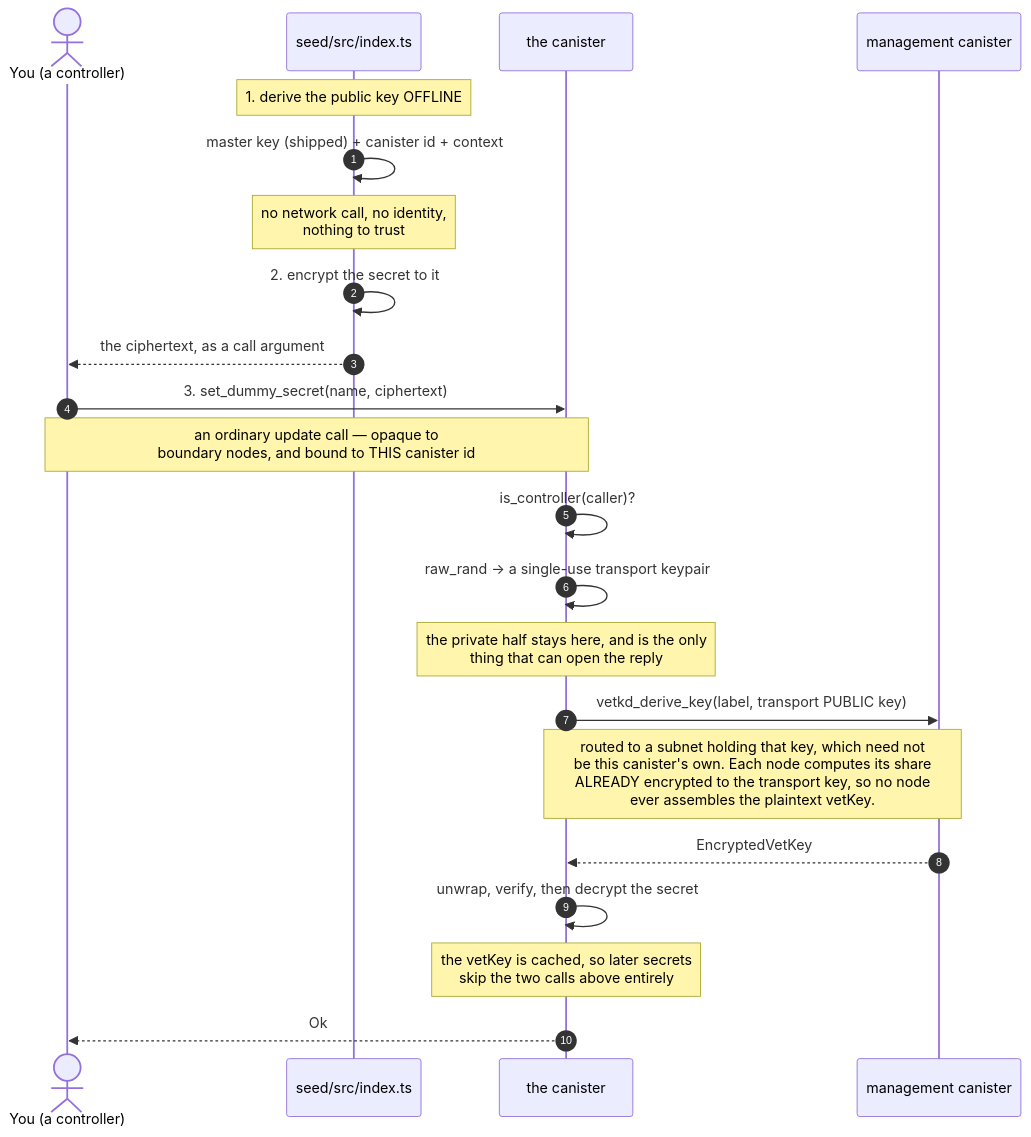
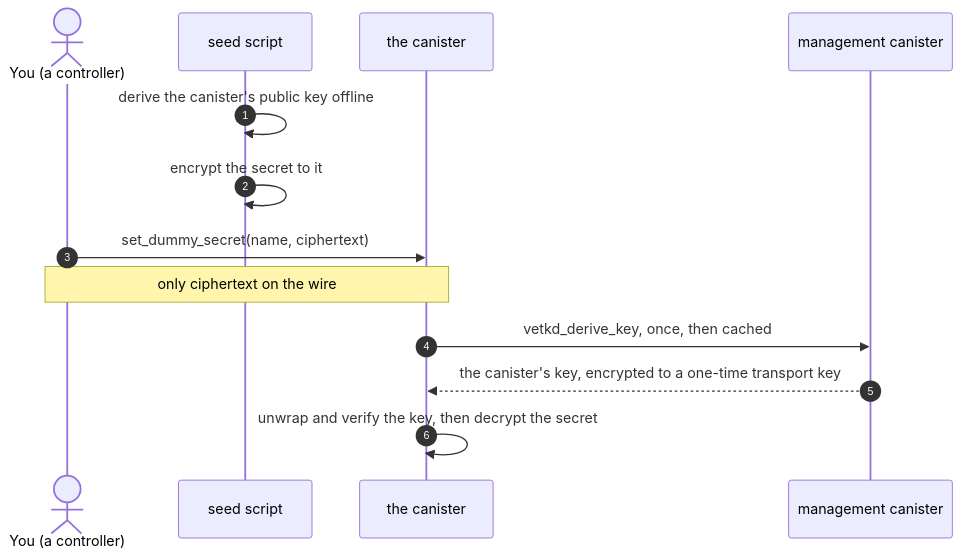
Before and after one commit to marc0olo/icp-seeding-secrets-poc: the second of 2 diagrams in README.md, drawn with Mermaid. The commit also changed other lines of this file and 2 other files, not shown here.

First line of the commit message:
rewrite the README around the problem: sealed transport of a secret

````diff
--- a/README.md
+++ b/README.md
@@ -95,28 +67,16 @@
 ```mermaid
 sequenceDiagram
     autonumber
     actor Dev as You (a controller)
-    participant Script as seed/src/index.ts
+    participant Seed as seed script
     participant Can as the canister
     participant Mgmt as management canister
 
-    Note over Script: 1. derive the public key OFFLINE
-    Script->>Script: master key (shipped) + canister id + context
-    Note over Script: no network call, no identity,<br/>nothing to trust
-
-    Script->>Script: 2. encrypt the secret to it
-    Script-->>Dev: the ciphertext, as a call argument
-
-    Dev->>Can: 3. set_dummy_secret(name, ciphertext)
-    Note over Dev,Can: an ordinary update call — opaque to<br/>boundary nodes, and bound to THIS canister id
-    Can->>Can: is_controller(caller)?
-
-    Can->>Can: raw_rand -> a single-use transport keypair
-    Note over Can: the private half stays here, and is the only<br/>thing that can open the reply
-    Can->>Mgmt: vetkd_derive_key(label, transport PUBLIC key)
-    Note over Can,Mgmt: routed to a subnet holding that key, which need not<br/>be this canister's own. Each node computes its share<br/>ALREADY encrypted to the transport key, so no node<br/>ever assembles the plaintext vetKey.
-    Mgmt-->>Can: EncryptedVetKey
-    Can->>Can: unwrap, verify, then decrypt the secret
-    Note over Can: the vetKey is cached, so later secrets<br/>skip the two calls above entirely
-    Can-->>Dev: Ok
+    Seed->>Seed: derive the canister's public key offline
+    Seed->>Seed: encrypt the secret to it
+    Dev->>Can: set_dummy_secret(name, ciphertext)
+    Note over Dev,Can: only ciphertext on the wire
+    Can->>Mgmt: vetkd_derive_key, once, then cached
+    Mgmt-->>Can: the canister's key, encrypted to a one-time transport key
+    Can->>Can: unwrap and verify the key, then decrypt the secret
 ```
````
